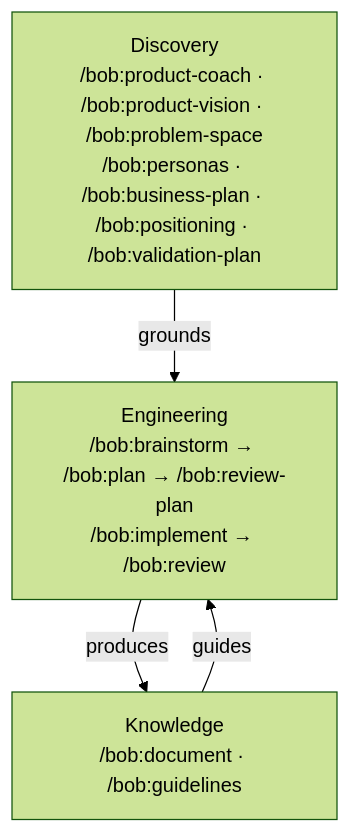
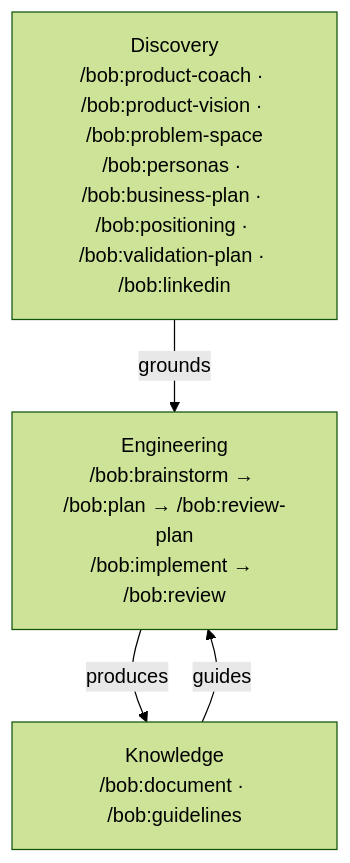
One commit to bofrese/bob changed the diagram in README.md. Above: the diagram before and after it, drawn with Mermaid (forest theme). The commit also changed 18 other files, not shown here.

````diff
--- a/README.md
+++ b/README.md
@@ -56,10 +56,10 @@
 ```mermaid
 graph TD
-    D["Discovery<br/>/bob:product-coach · /bob:product-vision · /bob:problem-space<br/>/bob:personas · /bob:business-plan · /bob:positioning · /bob:validation-plan"]
+    D["Discovery<br/>/bob:product-coach · /bob:product-vision · /bob:problem-space<br/>/bob:personas · /bob:business-plan · /bob:positioning · /bob:validation-plan · /bob:linkedin"]
     E["Engineering<br/>/bob:brainstorm → /bob:plan → /bob:review-plan<br/>/bob:implement → /bob:review"]
     K["Knowledge<br/>/bob:document · /bob:guidelines"]
 
     D -->|grounds| E
     E -->|produces| K
     K -->|guides| E
 ```
````
